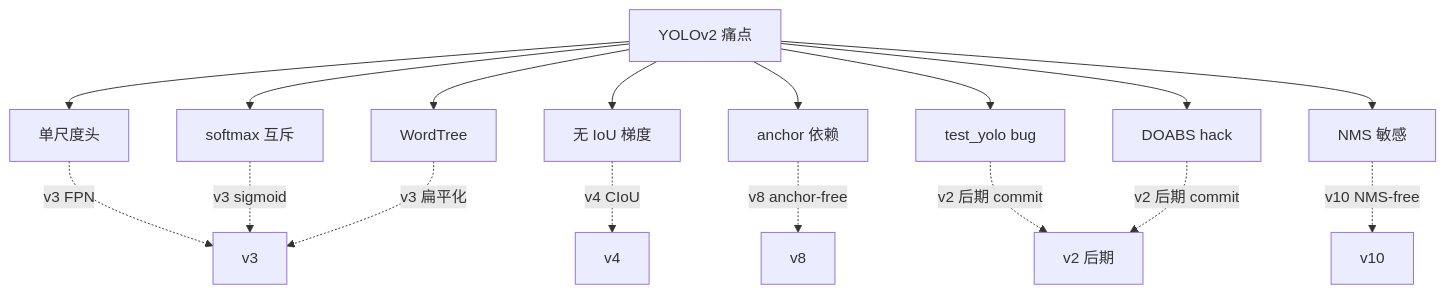
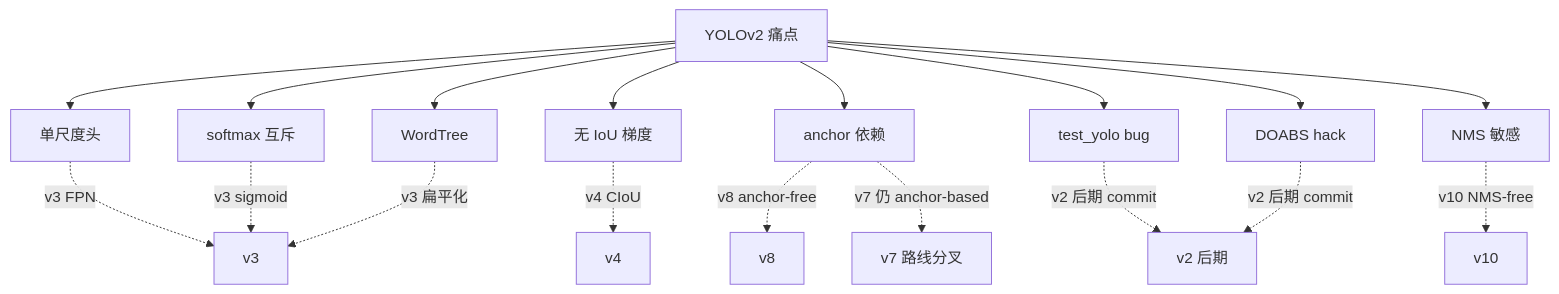
One commit to yejinlei/agent-yolo changed the diagram in docs/versions/v2/painpoints.md. Above: the diagram before and after it, drawn with Mermaid. The commit also changed other lines of this file and 23 other files, not shown here.

````diff
--- a/docs/versions/v2/painpoints.md
+++ b/docs/versions/v2/painpoints.md
@@ -169,13 +169,14 @@
 ```mermaid
 flowchart TB
     ROOT[YOLOv2 痛点]
     ROOT --> P1[单尺度头] & P2[无 IoU 梯度] & P3[softmax 互斥] & P4[anchor 依赖] & P5[test_yolo bug] & P6[DOABS hack] & P7[WordTree] & P8[NMS 敏感]
     P1 -.v3 FPN.-> V3[v3]
     P2 -.v4 CIoU.-> V4[v4]
     P3 -.v3 sigmoid.-> V3
     P4 -.v8 anchor-free.-> V8[v8]
+    P4 -.v7 仍 anchor-based.-> V7[v7 路线分叉]
     P5 -.v2 后期 commit.-> V2L[v2 后期]
     P6 -.v2 后期 commit.-> V2L
     P7 -.v3 扁平化.-> V3
     P8 -.v10 NMS-free.-> V10[v10]
 ```
````
